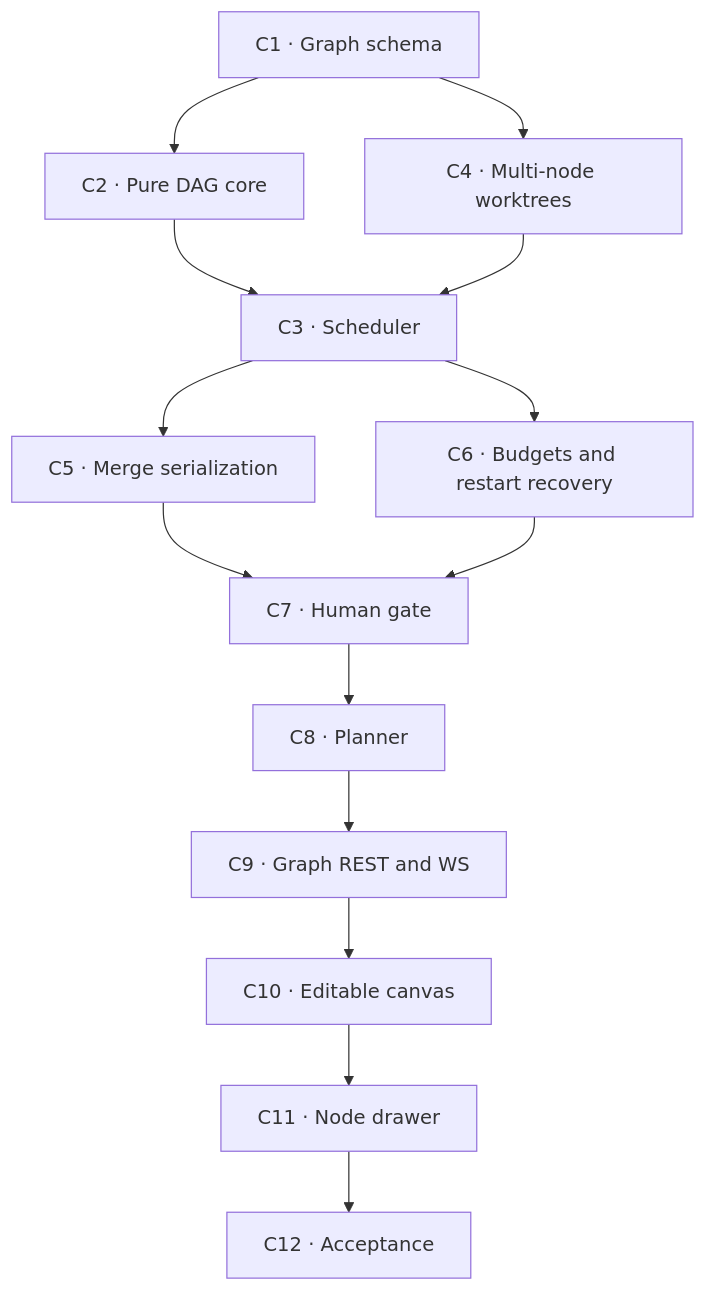
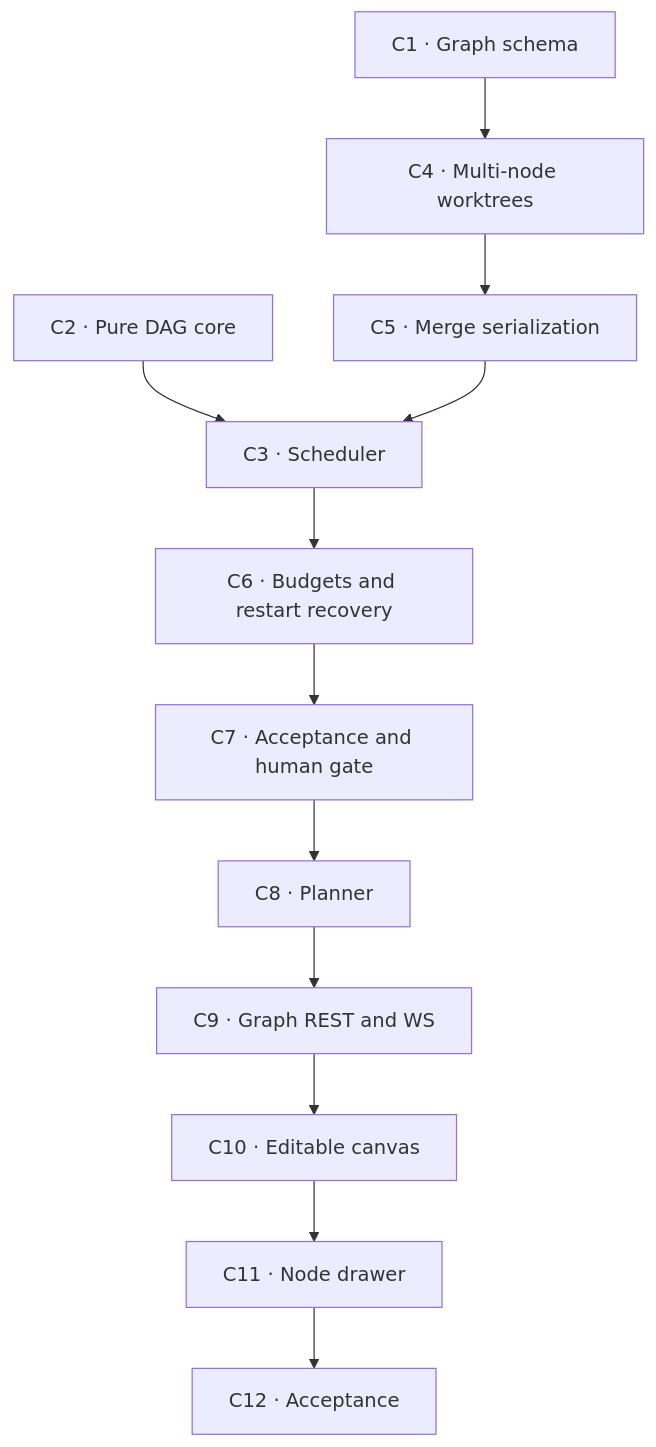
The diagram in docs/phase-2.md (zBrant/agent-hub), drawn with Mermaid before and after one commit. The commit also changed other lines of this file, not shown here.

Commit message:
docs: correct the Phase 2 dependency graph against what actually happened
C2 did not need C1 — the pure core takes plain ids and statuses, so depending
on the tables would only have coupled them. C5 belonged with C4 rather than
after C3: same file, same problem, and neither needs a scheduler to be provable.

````diff
--- a/docs/phase-2.md
+++ b/docs/phase-2.md
@@ -34,16 +40,14 @@
 ```mermaid
 flowchart TD
-    C1[C1 · Graph schema] --> C2[C2 · Pure DAG core]
-    C1 --> C4[C4 · Multi-node worktrees]
-    C2 --> C3[C3 · Scheduler]
-    C4 --> C3
-    C3 --> C5[C5 · Merge serialization]
+    C1[C1 · Graph schema] --> C4[C4 · Multi-node worktrees]
+    C2[C2 · Pure DAG core] --> C3[C3 · Scheduler]
+    C4 --> C5[C5 · Merge serialization]
+    C5 --> C3
     C3 --> C6[C6 · Budgets and restart recovery]
-    C5 --> C7[C7 · Human gate]
-    C6 --> C7
+    C6 --> C7[C7 · Acceptance and human gate]
     C7 --> C8[C8 · Planner]
     C8 --> C9[C9 · Graph REST and WS]
     C9 --> C10[C10 · Editable canvas]
     C10 --> C11[C11 · Node drawer]
     C11 --> C12[C12 · Acceptance]
 ```
````
